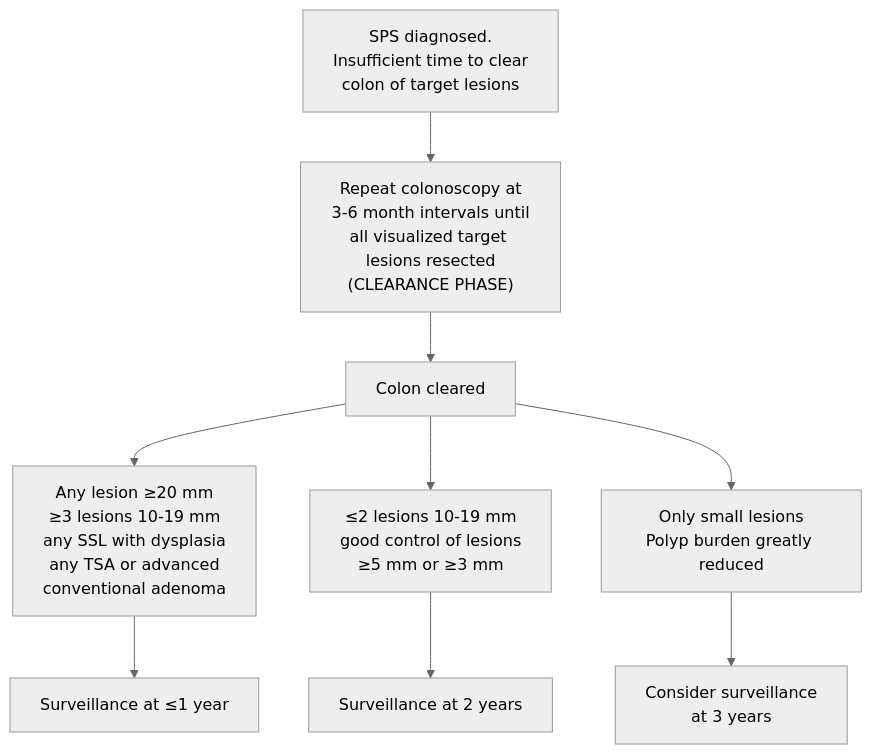
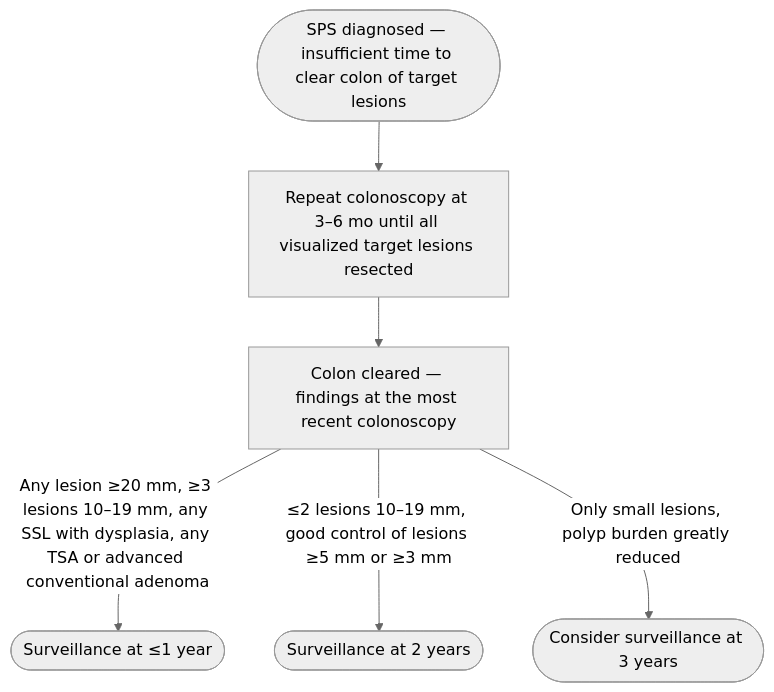
Before and after one commit to KHNickLeMD/KHNL-GI-Wiki: the diagram in KHNL-GI-Wiki/wiki/1-disease-scripts/colorectal-diseases/polyposis-hereditary-syndromes/serrated-polyposis-syndrome.md, drawn with Mermaid (neutral theme). The commit also changed other lines of this file and 2 other files, not shown here.

````diff
--- a/KHNL-GI-Wiki/wiki/1-disease-scripts/colorectal-diseases/polyposis-hereditary-syndromes/serrated-polyposis-syndrome.md
+++ b/KHNL-GI-Wiki/wiki/1-disease-scripts/colorectal-diseases/polyposis-hereditary-syndromes/serrated-polyposis-syndrome.md
@@ -153,11 +155,11 @@
 ```mermaid
 flowchart TD
-    A["SPS diagnosed.<br/>Insufficient time to clear<br/>colon of target lesions"] --> B["Repeat colonoscopy at<br/>3-6 month intervals until<br/>all visualized target lesions resected<br/>(CLEARANCE PHASE)"]
-    B --> C["Colon cleared"]
-    C --> D["Any lesion &ge;20 mm<br/>&ge;3 lesions 10-19 mm<br/>any SSL with dysplasia<br/>any TSA or advanced<br/>conventional adenoma"]
-    C --> E["&le;2 lesions 10-19 mm<br/>good control of lesions<br/>&ge;5 mm or &ge;3 mm"]
-    C --> F["Only small lesions<br/>Polyp burden greatly reduced"]
-    D --> G["Surveillance at &le;1 year"]
-    E --> H["Surveillance at 2 years"]
-    F --> I["Consider surveillance<br/>at 3 years"]
+    A(["SPS diagnosed — insufficient time to clear colon of target lesions"]) --> B["Repeat colonoscopy at 3–6 mo until all visualized target lesions resected"]
+    B --> C["Colon cleared — findings at the most recent colonoscopy"]
+    C -- "Any lesion ≥20 mm, ≥3 lesions 10–19 mm, any SSL with dysplasia, any TSA or advanced conventional adenoma" --> D(["Surveillance at ≤1 year"])
+    C -- "≤2 lesions 10–19 mm, good control of lesions ≥5 mm or ≥3 mm" --> E(["Surveillance at 2 years"])
+    C -- "Only small lesions, polyp burden greatly reduced" --> F(["Consider surveillance at 3 years"])
+    class A start
+    class B,C test
+    class D,E,F act
 ```
````
